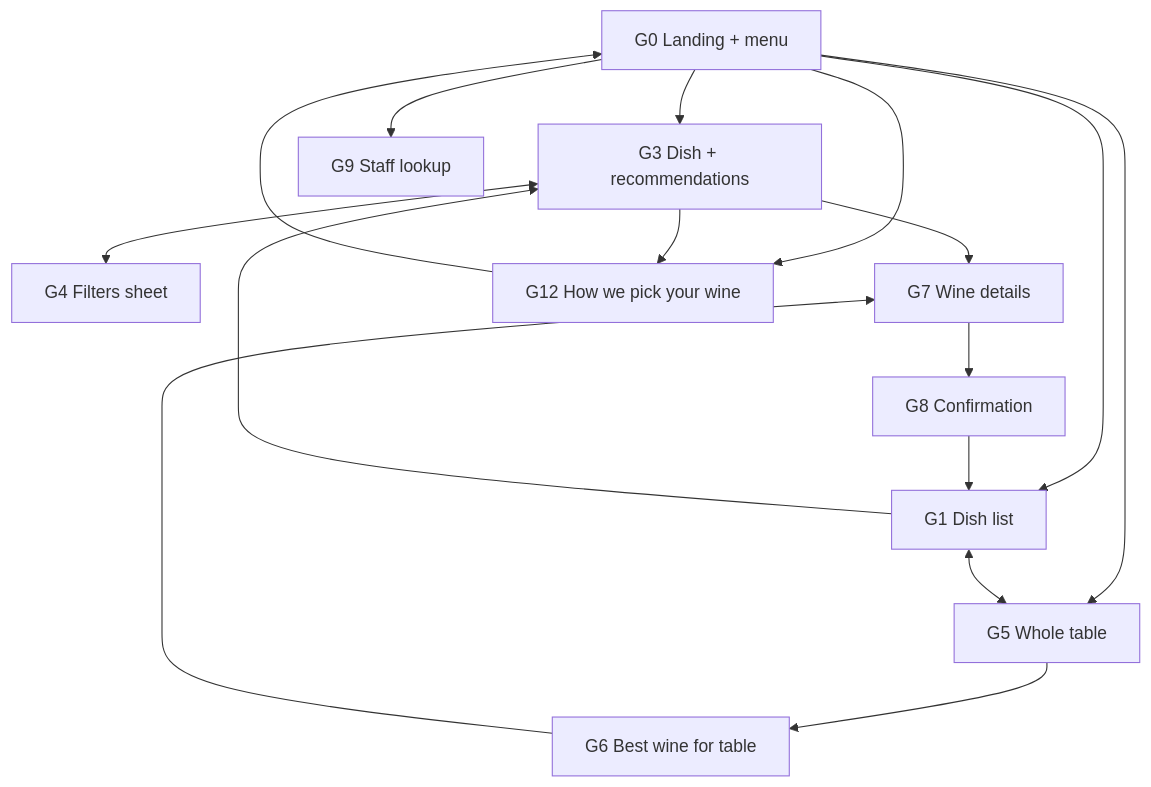
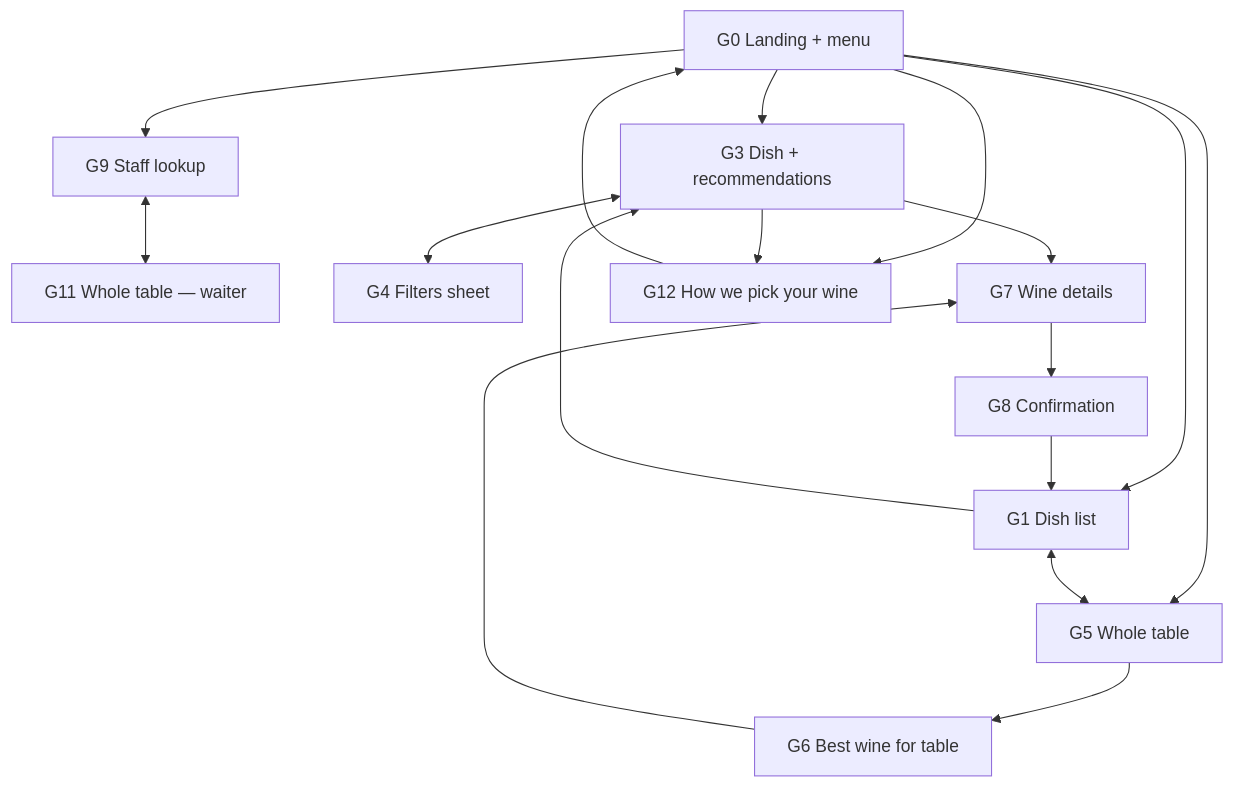
One commit to NiedzielX/wine changed the first of 2 diagrams in docs/SCREEN_MAP.md. Above: the diagram before and after it, drawn with Mermaid. The commit also changed other lines of this file and 25 other files, not shown here.

First line of the commit message:
feat(staff): E08 F2 — the waiter's whole table, G11 /r/{slug}/staff/table (#43)

````diff
--- a/docs/SCREEN_MAP.md
+++ b/docs/SCREEN_MAP.md
@@ -34,16 +35,17 @@
 ```mermaid
 flowchart TD
   G0[G0 Landing + menu] --> G3
   G0 --> G1[G1 Dish list]
   G0 --> G5[G5 Whole table]
   G0 --> G9[G9 Staff lookup]
+  G9 <--> G11[G11 Whole table — waiter]
   G1 <--> G5
   G1 --> G3[G3 Dish + recommendations]
   G3 <--> G4[G4 Filters sheet]
   G3 --> G7[G7 Wine details] --> G8[G8 Confirmation]
   G5 --> G6[G6 Best wine for table] --> G7
   G8 --> G1
   G0 --> G12[G12 How we pick your wine]
   G3 --> G12
   G12 --> G0
 ```
````
